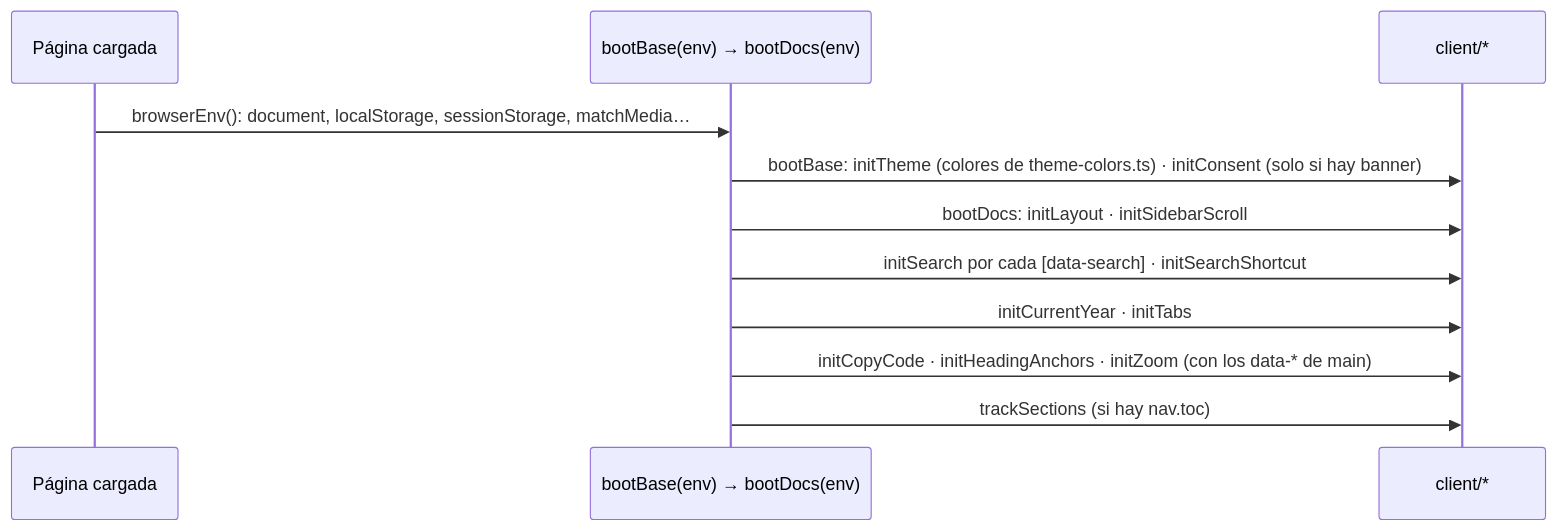
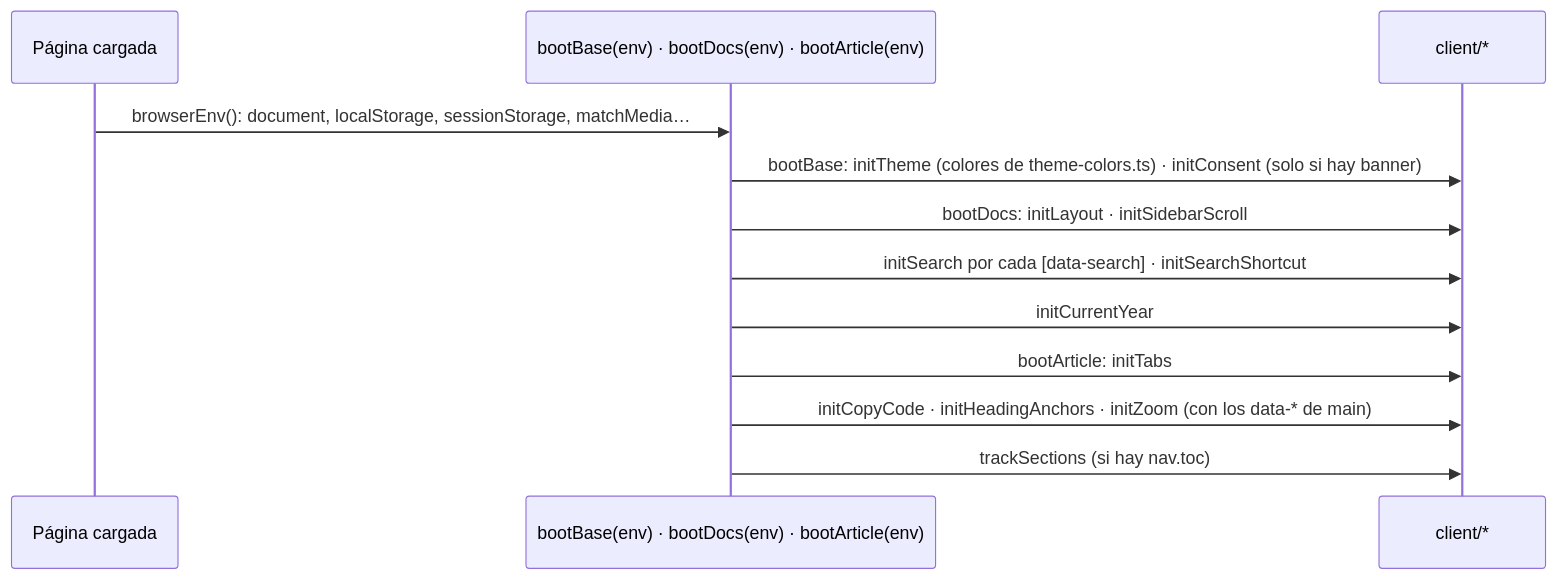
The second of 2 diagrams in docs/src/content/docs/arquitectura/una-pagina.md (velezanthony/design), drawn with Mermaid before and after one commit. The commit also changed other lines of this file and 8 other files, not shown here.

First line of the commit message:
feat(components): extract the docs content into an Article organism with its own boot

````diff
--- a/docs/src/content/docs/arquitectura/una-pagina.md
+++ b/docs/src/content/docs/arquitectura/una-pagina.md
@@ -89,13 +91,14 @@
 ```mermaid
 sequenceDiagram
   participant P as Página cargada
-  participant B as bootBase(env) → bootDocs(env)
+  participant B as bootBase(env) · bootDocs(env) · bootArticle(env)
   participant C as client/*
   P->>B: browserEnv(): document, localStorage, sessionStorage, matchMedia…
   B->>C: bootBase: initTheme (colores de theme-colors.ts) · initConsent (solo si hay banner)
   B->>C: bootDocs: initLayout · initSidebarScroll
   B->>C: initSearch por cada [data-search] · initSearchShortcut
-  B->>C: initCurrentYear · initTabs
+  B->>C: initCurrentYear
+  B->>C: bootArticle: initTabs
   B->>C: initCopyCode · initHeadingAnchors · initZoom (con los data-* de main)
   B->>C: trackSections (si hay nav.toc)
 ```
````
